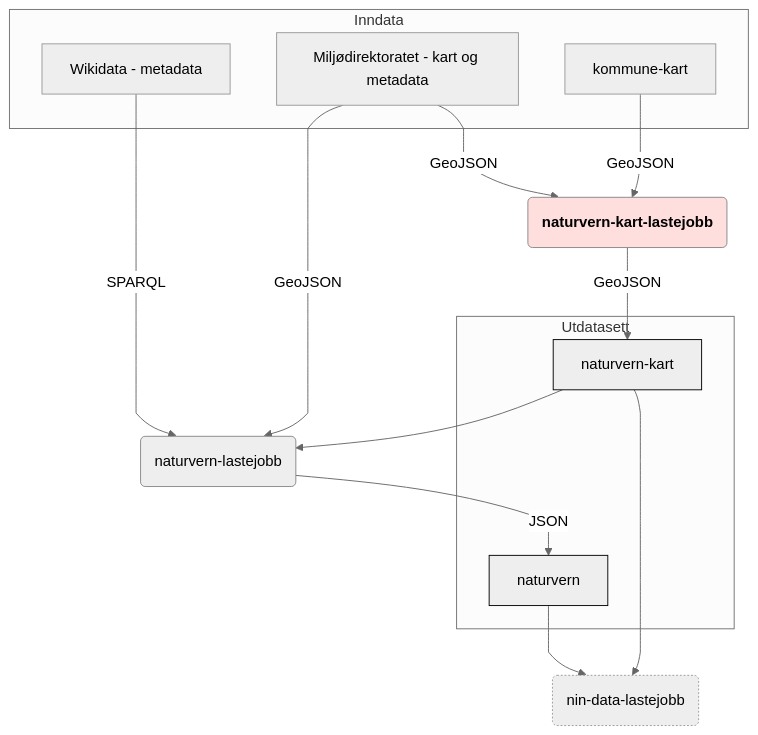
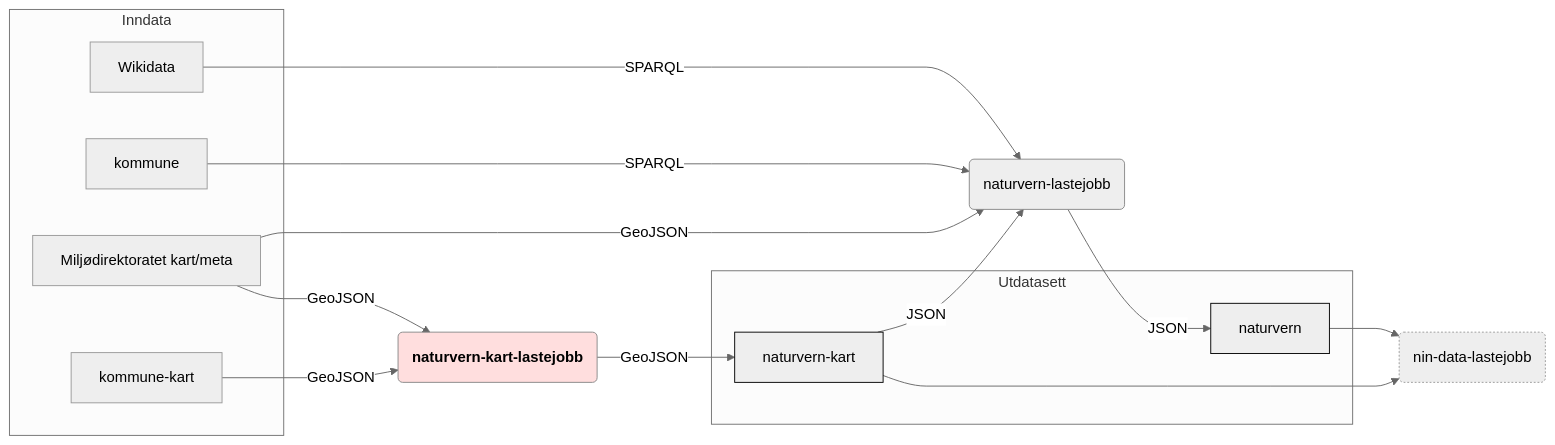
One commit to Artsdatabanken/naturvern-kart-lastejobb changed the diagram in doc/flytdiagram.md. Above: the diagram before and after it, drawn with Mermaid (neutral theme). The commit also changed 1 other file, not shown here.

Commit message:
Kommune inn

````diff
--- a/doc/flytdiagram.md
+++ b/doc/flytdiagram.md
@@ -1,45 +1,47 @@
 ```mermaid
 
-graph TB;
+graph LR;
   linkStyle default interpolate monotoneX
     subgraph Inndata
+      kommune[kommune]
       kommune-kart[kommune-kart]
-      wikidata[Wikidata - metadata]
-      mdir[Miljødirektoratet - kart og metadata]
+      wikidata[Wikidata]
+      mdir[Miljødirektoratet kart/meta]
     end
       naturvern-kart-lastejobb(naturvern-kart-lastejobb)
       naturvern-lastejobb(naturvern-lastejobb)
     subgraph Utdatasett
       naturvern-kart[naturvern-kart]
       naturvern[naturvern]
     end
     wikidata-->|SPARQL|naturvern-lastejobb;
+    kommune-->|SPARQL|naturvern-lastejobb;
     mdir-->|GeoJSON|naturvern-lastejobb;
     mdir-->|GeoJSON|naturvern-kart-lastejobb;
     naturvern-kart-lastejobb-->|GeoJSON|naturvern-kart;
+    naturvern-kart-->|JSON|naturvern-lastejobb;
     naturvern-lastejobb-->|JSON|naturvern;
     kommune-kart-->|GeoJSON|naturvern-kart-lastejobb(naturvern-kart-lastejobb);
     naturvern-->nin-data-lastejobb(nin-data-lastejobb);
     naturvern-kart-->nin-data-lastejobb(nin-data-lastejobb);
-    naturvern-kart-->naturvern-lastejobb(naturvern-lastejobb);
     click naturvern-lastejobb "https://github.com/Artsdatabanken/naturvern-lastejobb" "_"
     click naturvern "https://github.com/Artsdatabanken/naturvern" "_"
     click naturvern-kart "https://github.com/Artsdatabanken/naturvern-kart" "_"
     click naturvern-kart-lastejobb "https://github.com/Artsdatabanken/naturvern-kart-lastejobb" "_"
     click kommune-kart "https://github.com/Artsdatabanken/kommune-kart" "_"
     click wikidata "https://www.wikidata.org/wiki/Q15284" "_"
     click mdir "https://www.mdir.no" "_"
 
 class naturvern-kart-lastejobb focus
 class kommune,wikidata,mdir data
 class naturvern,naturvern-kart, utdata
 class naturvern-lastejobb,xnaturvern-kart-lastejobb lastejobb
 class nin-data-lastejobb next
 classDef focusx stroke:#888,stroke-width:3px,font-weight:600;
 classDef focus color:#000,fill:#ffdede,stroke:#888,stroke-widthx:3px,font-weight:600;
 classDef data fillx:#ffd;
 classDef lastejobb fillx:#fff,stroke:#888;
 classDef utdata fillx:#ffa,stroke:#000;
 classDef next fill:#eee,stroke-dasharray: 2, 2;
 
 ```
````
